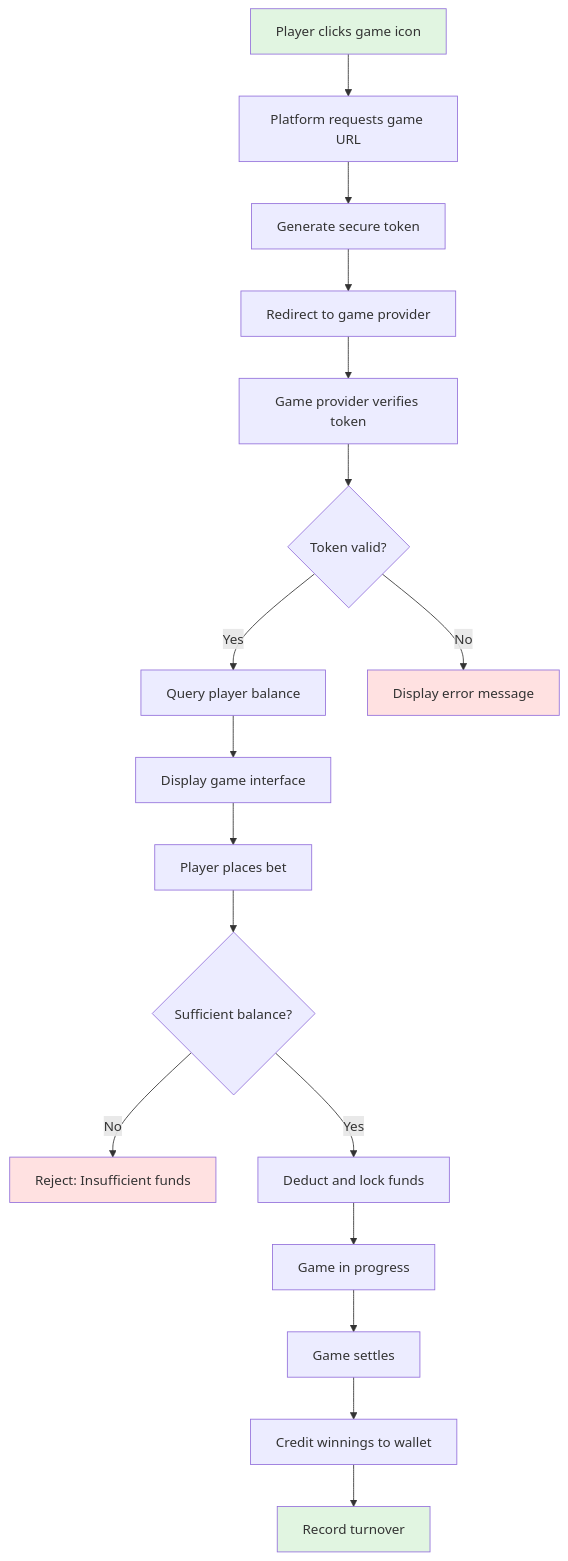
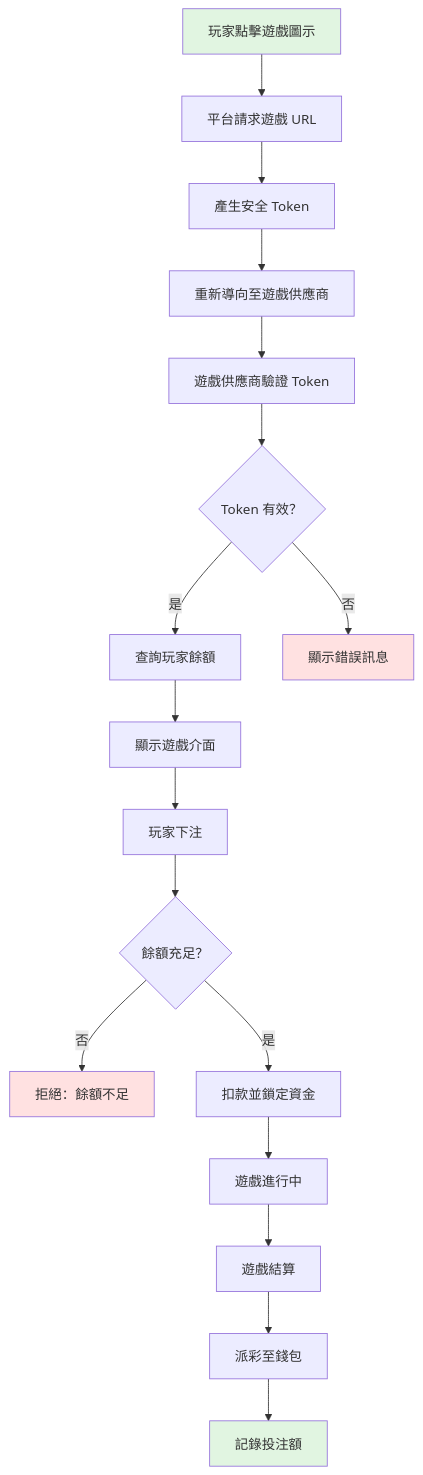
One commit to ron03wlb/smart-admin changed the second of 6 diagrams in docs/iGaming/requirements/01_Player_Experience/Business_Flows.md. Above: the diagram before and after it, drawn with Mermaid. The commit also changed other lines of this file and 4 other files, not shown here.

````diff
--- a/docs/iGaming/requirements/01_Player_Experience/Business_Flows.md
+++ b/docs/iGaming/requirements/01_Player_Experience/Business_Flows.md
@@ -169,30 +169,30 @@
 ```mermaid
 flowchart TD
-    A[Player clicks game icon] --> B[Platform requests game URL]
-    B --> C[Generate secure token]
-    C --> D[Redirect to game provider]
+    A[玩家點擊遊戲圖示] --> B[平台請求遊戲 URL]
+    B --> C[產生安全 Token]
+    C --> D[重新導向至遊戲供應商]
 
-    D --> E[Game provider verifies token]
-    E --> F{Token valid?}
+    D --> E[遊戲供應商驗證 Token]
+    E --> F{Token 有效？}
 
-    F -->|Yes| G[Query player balance]
-    F -->|No| H[Display error message]
+    F -->|是| G[查詢玩家餘額]
+    F -->|否| H[顯示錯誤訊息]
 
-    G --> I[Display game interface]
+    G --> I[顯示遊戲介面]
 
-    I --> J[Player places bet]
-    J --> K{Sufficient balance?}
+    I --> J[玩家下注]
+    J --> K{餘額充足？}
 
-    K -->|No| L[Reject: Insufficient funds]
-    K -->|Yes| M[Deduct and lock funds]
+    K -->|否| L[拒絕：餘額不足]
+    K -->|是| M[扣款並鎖定資金]
 
-    M --> N[Game in progress]
-    N --> O[Game settles]
-    O --> P[Credit winnings to wallet]
-    P --> Q[Record turnover]
+    M --> N[遊戲進行中]
+    N --> O[遊戲結算]
+    O --> P[派彩至錢包]
+    P --> Q[記錄投注額]
 
     style A fill:#e1f5e1
     style Q fill:#e1f5e1
     style H fill:#ffe1e1
     style L fill:#ffe1e1
 ```
````
